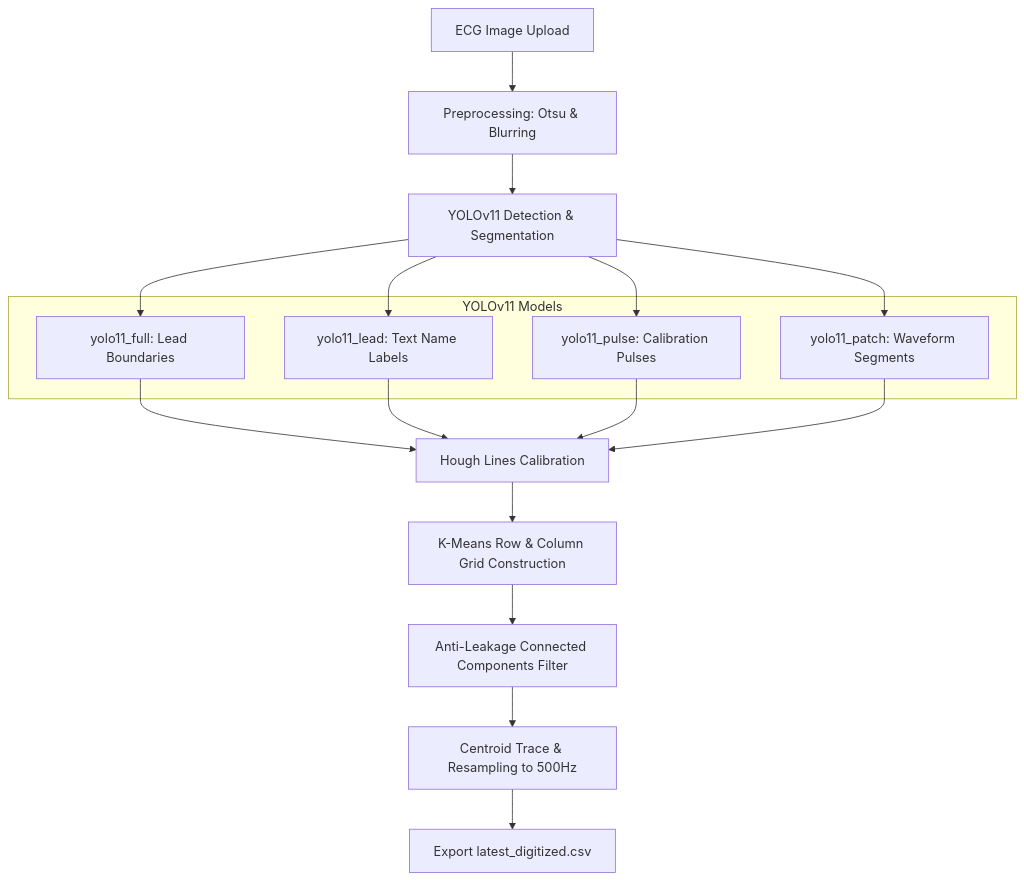
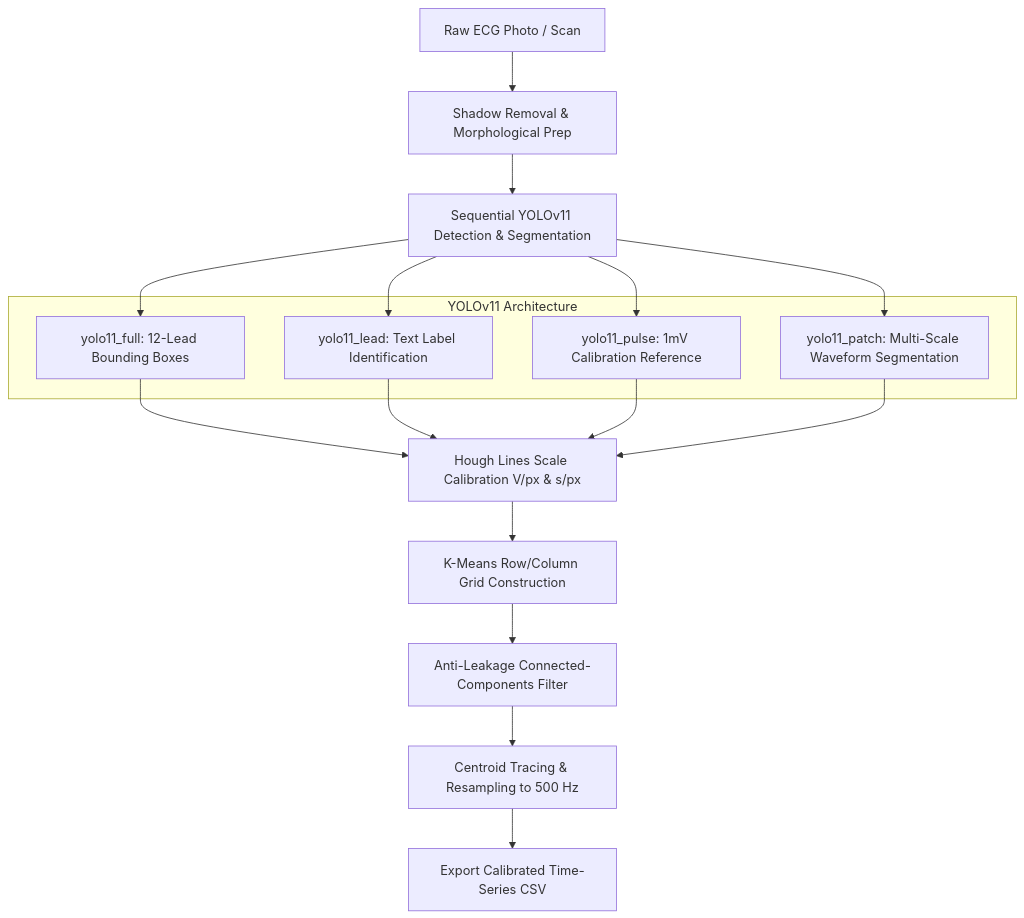
The first of 4 diagrams in README.md (nshreyasvi/ECGLight), drawn with Mermaid before and after one commit. The commit also changed other lines of this file and 18 other files, not shown here.

````diff
--- a/README.md
+++ b/README.md
@@ -232,17 +293,17 @@
 ```mermaid
 graph TD
-    A[ECG Image Upload] --> B[Preprocessing: Otsu & Blurring]
-    B --> C[YOLOv11 Detection & Segmentation]
-    subgraph YOLOv11 Models
-        C1[yolo11_full: Lead Boundaries]
-        C2[yolo11_lead: Text Name Labels]
-        C3[yolo11_pulse: Calibration Pulses]
-        C4[yolo11_patch: Waveform Segments]
+    A[Raw ECG Photo / Scan] --> B[Shadow Removal & Morphological Prep]
+    B --> C[Sequential YOLOv11 Detection & Segmentation]
+    subgraph YOLOv11 Architecture
+        C1[yolo11_full: 12-Lead Bounding Boxes]
+        C2[yolo11_lead: Text Label Identification]
+        C3[yolo11_pulse: 1mV Calibration Reference]
+        C4[yolo11_patch: Multi-Scale Waveform Segmentation]
     end
     C --> C1 & C2 & C3 & C4
-    C1 & C2 & C3 & C4 --> D[Hough Lines Calibration]
-    D --> E[K-Means Row & Column Grid Construction]
-    E --> F[Anti-Leakage Connected Components Filter]
-    F --> G[Centroid Trace & Resampling to 500Hz]
-    G --> H[Export latest_digitized.csv]
+    C1 & C2 & C3 & C4 --> D[Hough Lines Scale Calibration V/px & s/px]
+    D --> E[K-Means Row/Column Grid Construction]
+    E --> F[Anti-Leakage Connected-Components Filter]
+    F --> G[Centroid Tracing & Resampling to 500 Hz]
+    G --> H[Export Calibrated Time-Series CSV]
 ```
````
